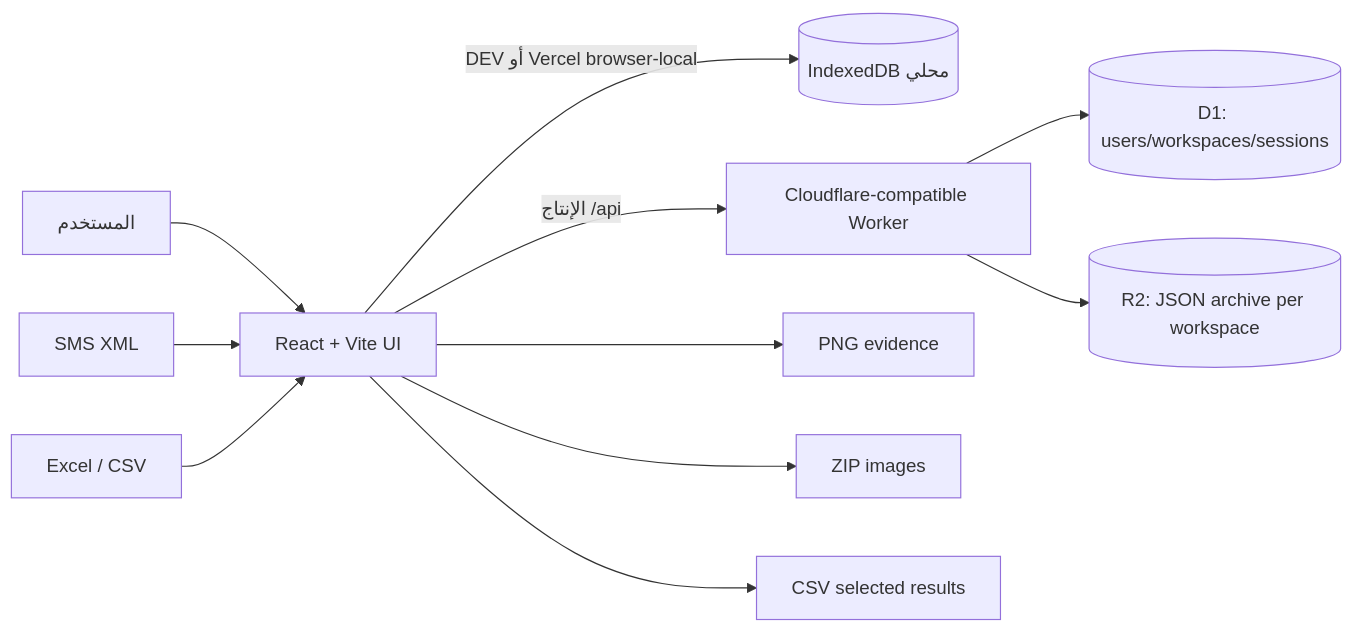
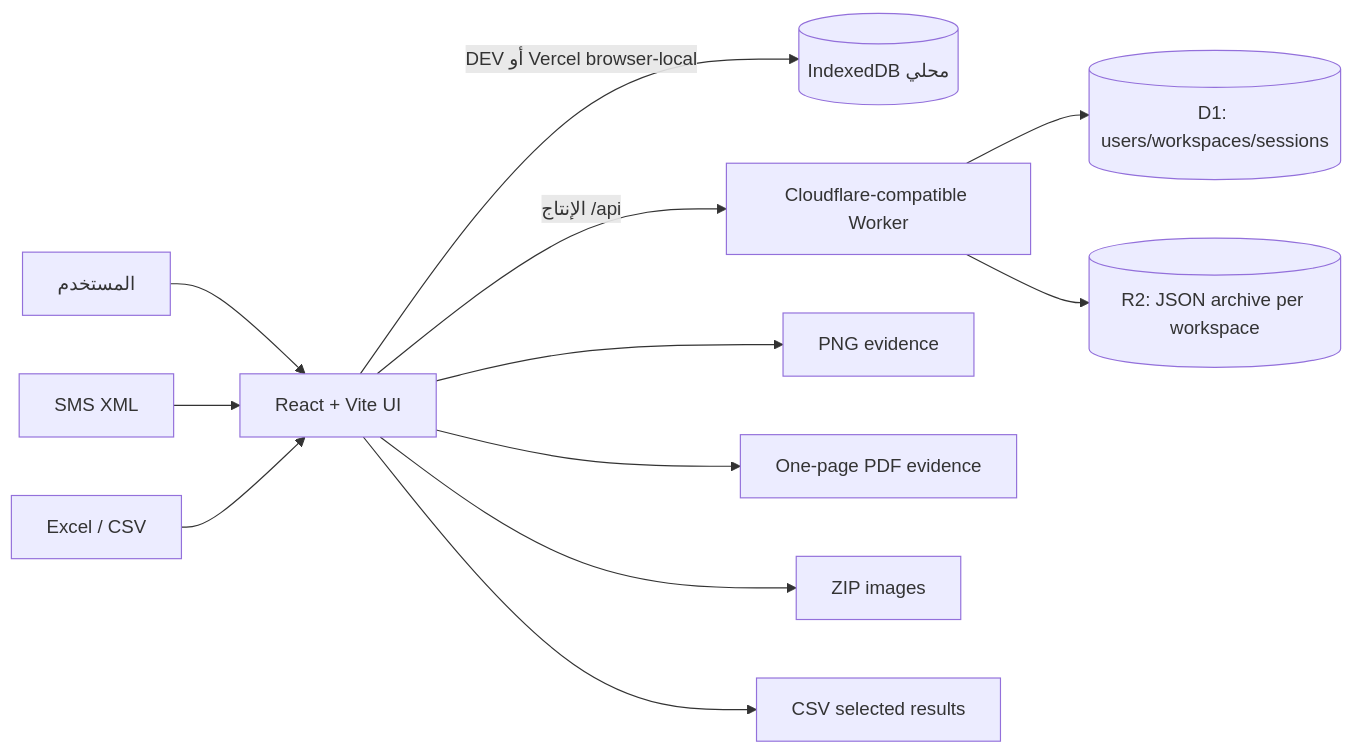
Before and after one commit to nasseh2005-byte/n9-SMS-web: the diagram in N9-SMS-WEB-HANDOFF.md, drawn with Mermaid. The commit also changed other lines of this file and 9 other files, not shown here.

Commit message:
Add PDF and multi-message evidence export

````diff
--- a/N9-SMS-WEB-HANDOFF.md
+++ b/N9-SMS-WEB-HANDOFF.md
@@ -218,13 +223,14 @@
 ```mermaid
 flowchart LR
     U[المستخدم] --> UI[React + Vite UI]
     UI -->|DEV أو Vercel browser-local| IDX[(IndexedDB محلي)]
     UI -->|الإنتاج /api| W[Cloudflare-compatible Worker]
     W --> D1[(D1: users/workspaces/sessions)]
     W --> R2[(R2: JSON archive per workspace)]
     XML[SMS XML] --> UI
     XLSX[Excel / CSV] --> UI
     UI --> PNG[PNG evidence]
+    UI --> PDF[One-page PDF evidence]
     UI --> ZIP[ZIP images]
     UI --> CSV[CSV selected results]
 ```
````
